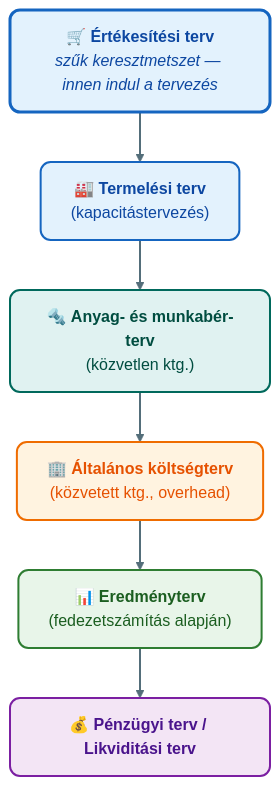
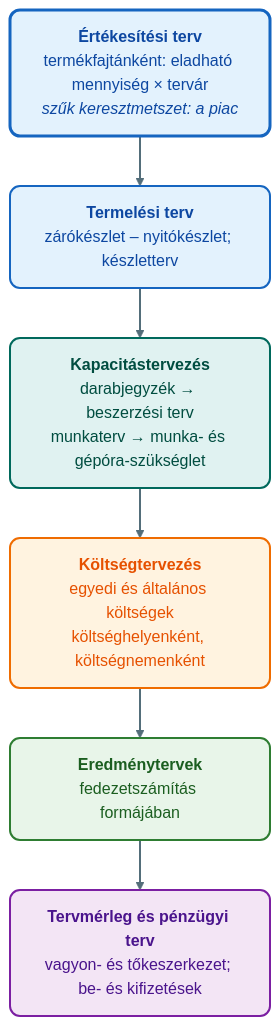
One commit to denespocsik/MM_BSC_Zarovizsga changed the second of 2 diagrams in Tételek/K15-GIXVS2MBLF-Controlling információs rendszere.tétel.md. Above: the diagram before and after it, drawn with Mermaid. The commit also changed other lines of this file, not shown here.

First line of the commit message:
docs(K15): K15 tétel revíziója Francsovics jegyzete és Katona előadásai alapján

````diff
--- a/Tételek/K15-GIXVS2MBLF-Controlling információs rendszere.tétel.md
+++ b/Tételek/K15-GIXVS2MBLF-Controlling információs rendszere.tétel.md
@@ -61,20 +61,20 @@
 ```mermaid
 flowchart TD
-    A["🛒 <b>Értékesítési terv</b><br/><i>szűk keresztmetszet — innen indul a tervezés</i>"]:::kekH
-    B["🏭 <b>Termelési terv</b><br/>(kapacitástervezés)"]:::kek
-    C["🔩 <b>Anyag- és munkabér-terv</b><br/>(közvetlen ktg.)"]:::turkiz
-    D["🏢 <b>Általános költségterv</b><br/>(közvetett ktg., overhead)"]:::narancs
-    E["📊 <b>Eredményterv</b><br/>(fedezetszámítás alapján)"]:::zold
-    F["💰 <b>Pénzügyi terv / Likviditási terv</b>"]:::lila
+    A["<b>Értékesítési terv</b><br/>termékfajtánként: eladható mennyiség × tervár<br/><i>szűk keresztmetszet: a piac</i>"]:::kekH
+    B["<b>Termelési terv</b><br/>zárókészlet – nyitókészlet; készletterv"]:::kek
+    C["<b>Kapacitástervezés</b><br/>darabjegyzék → beszerzési terv<br/>munkaterv → munka- és gépóra-szükséglet"]:::turkiz
+    D["<b>Költségtervezés</b><br/>egyedi és általános költségek<br/>költséghelyenként, költségnemenként"]:::narancs
+    E["<b>Eredménytervek</b><br/>fedezetszámítás formájában"]:::zold
+    F["<b>Tervmérleg és pénzügyi terv</b><br/>vagyon- és tőkeszerkezet; be- és kifizetések"]:::lila
 
     A --> B --> C --> D --> E --> F
 
     classDef kek     fill:#e3f2fd,stroke:#1565c0,stroke-width:2px,color:#0d47a1,rx:10,ry:10;
     classDef kekH    fill:#e3f2fd,stroke:#1565c0,stroke-width:3px,color:#0d47a1,rx:10,ry:10;
     classDef zold    fill:#e8f5e9,stroke:#2e7d32,stroke-width:2px,color:#1b5e20,rx:10,ry:10;
     classDef narancs fill:#fff3e0,stroke:#ef6c00,stroke-width:2px,color:#e65100,rx:10,ry:10;
     classDef lila    fill:#f3e5f5,stroke:#7b1fa2,stroke-width:2px,color:#4a148c,rx:10,ry:10;
     classDef turkiz  fill:#e0f2f1,stroke:#00695c,stroke-width:2px,color:#004d40,rx:10,ry:10;
 
     linkStyle default stroke:#546e7a,stroke-width:2px;
 ```
````
